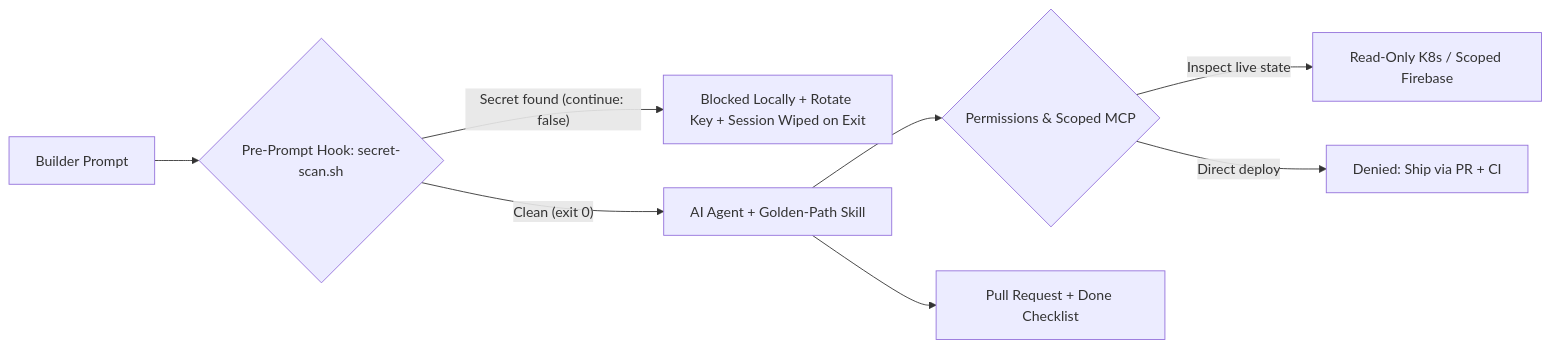
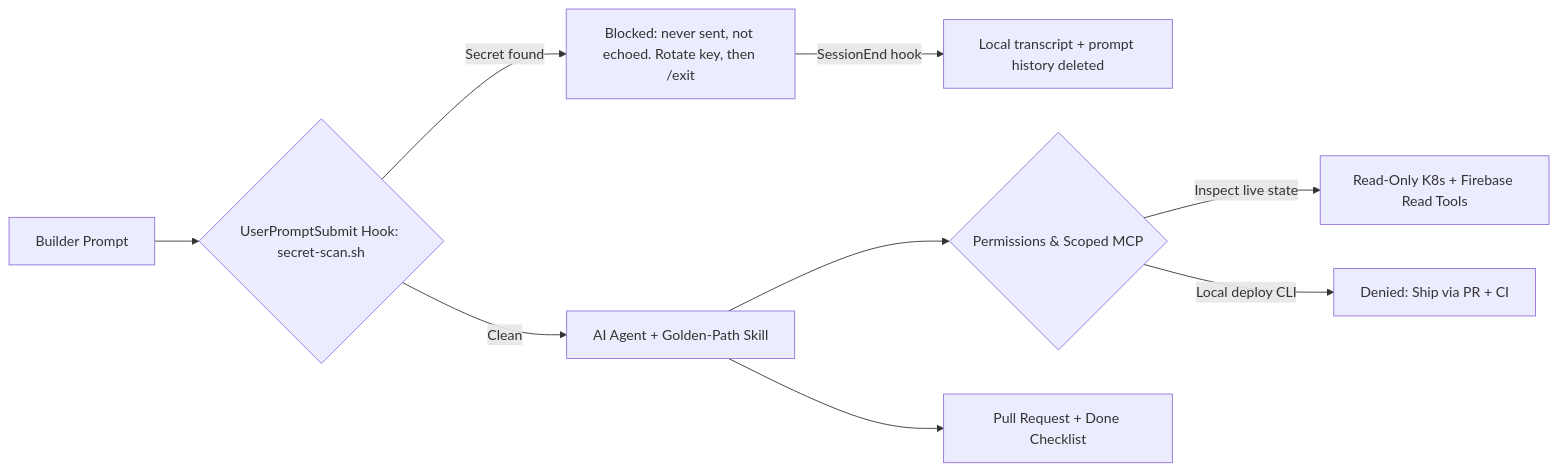
The first of 2 diagrams in README.md (treycaliva/from-vibe-to-live-kubecon-2026), drawn with Mermaid before and after one commit. The commit also changed other lines of this file and 1 other file, not shown here.

Commit message:
Update golden path SKILL.md

````diff
--- a/README.md
+++ b/README.md
@@ -40,10 +40,11 @@
 ```mermaid
 flowchart LR
-    Builder["Builder Prompt"] --> Hook{"Pre-Prompt Hook: secret-scan.sh"}
-    Hook -- "Secret found (continue: false)" --> Blocked["Blocked Locally + Rotate Key + Session Wiped on Exit"]
-    Hook -- "Clean (exit 0)" --> Agent["AI Agent + Golden-Path Skill"]
+    Builder["Builder Prompt"] --> Hook{"UserPromptSubmit Hook: secret-scan.sh"}
+    Hook -- "Secret found" --> Blocked["Blocked: never sent, not echoed. Rotate key, then /exit"]
+    Blocked -- "SessionEnd hook" --> Wiped["Local transcript + prompt history deleted"]
+    Hook -- "Clean" --> Agent["AI Agent + Golden-Path Skill"]
     Agent --> Perms{"Permissions & Scoped MCP"}
-    Perms -- "Inspect live state" --> ReadMCP["Read-Only K8s / Scoped Firebase"]
-    Perms -- "Direct deploy" --> Denied["Denied: Ship via PR + CI"]
+    Perms -- "Inspect live state" --> ReadMCP["Read-Only K8s + Firebase Read Tools"]
+    Perms -- "Local deploy CLI" --> Denied["Denied: Ship via PR + CI"]
     Agent --> PR["Pull Request + Done Checklist"]
 ```
````
